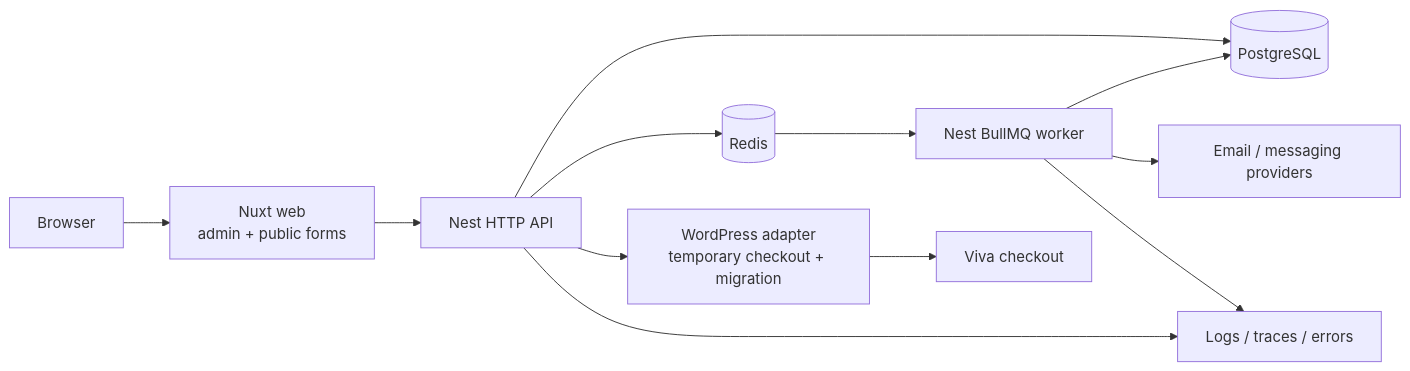
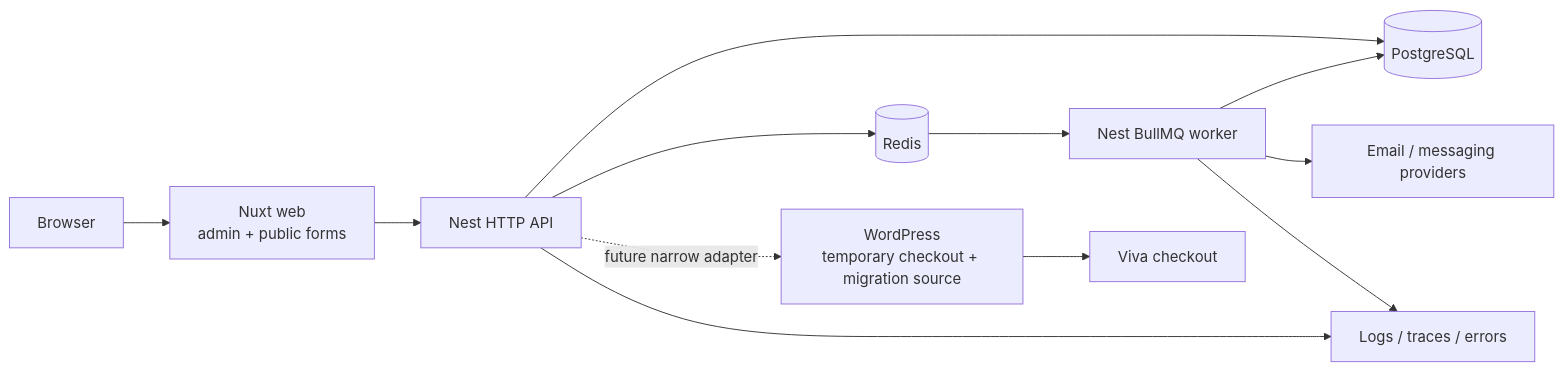
The diagram in docs/architecture.md (johnakisk0700/slopform), drawn with Mermaid before and after one commit. The commit also changed other lines of this file and 116 other files, not shown here.

Commit message:
refactor: complete foundation architecture audit

````diff
--- a/docs/architecture.md
+++ b/docs/architecture.md
@@ -7,14 +7,14 @@
 ```mermaid
 flowchart LR
   Browser["Browser"] --> Web["Nuxt web\nadmin + public forms"]
   Web --> API["Nest HTTP API"]
   API --> DB[(PostgreSQL)]
   API --> Redis[(Redis)]
   Redis --> Worker["Nest BullMQ worker"]
   Worker --> DB
   Worker --> Providers["Email / messaging providers"]
-  API --> WP["WordPress adapter\ntemporary checkout + migration"]
+  API -. "future narrow adapter" .-> WP["WordPress\ntemporary checkout + migration source"]
   WP --> Viva["Viva checkout"]
   API --> Obs["Logs / traces / errors"]
   Worker --> Obs
 ```
````
